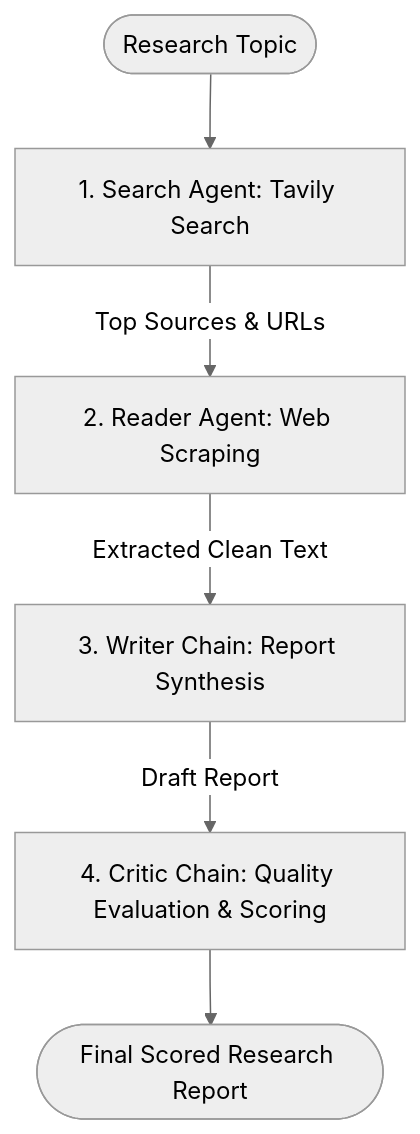
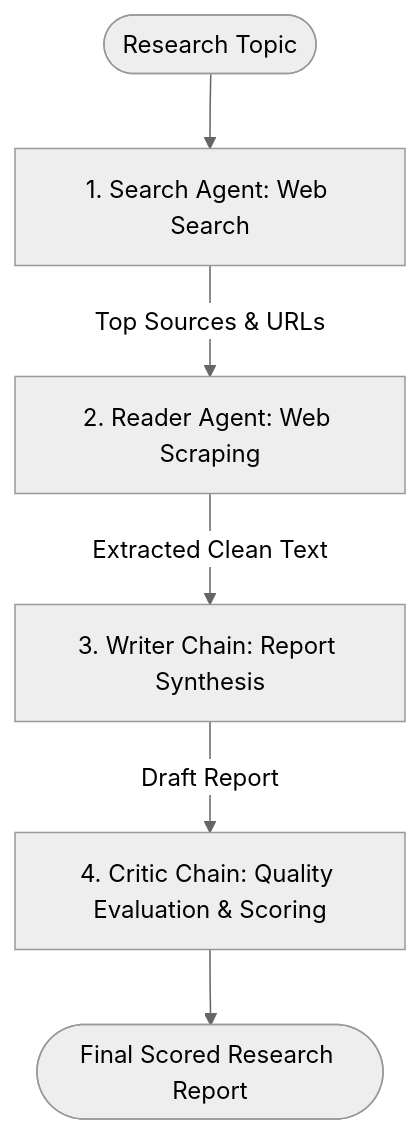
One commit to panderitsh1892-netizen/scout changed the diagram in README.md. Above: the diagram before and after it, drawn with Mermaid (neutral theme). The commit also changed other lines of this file and 1 other file, not shown here.

````diff
--- a/README.md
+++ b/README.md
@@ -9,8 +9,8 @@
 ```mermaid
 flowchart TD
-    User([Research Topic]) --> SA[1. Search Agent: Tavily Search]
+    User([Research Topic]) --> SA[1. Search Agent: Web Search]
     SA -->|Top Sources & URLs| RA[2. Reader Agent: Web Scraping]
     RA -->|Extracted Clean Text| WC[3. Writer Chain: Report Synthesis]
     WC -->|Draft Report| CC[4. Critic Chain: Quality Evaluation & Scoring]
     CC --> Report([Final Scored Research Report])
 ```
````
